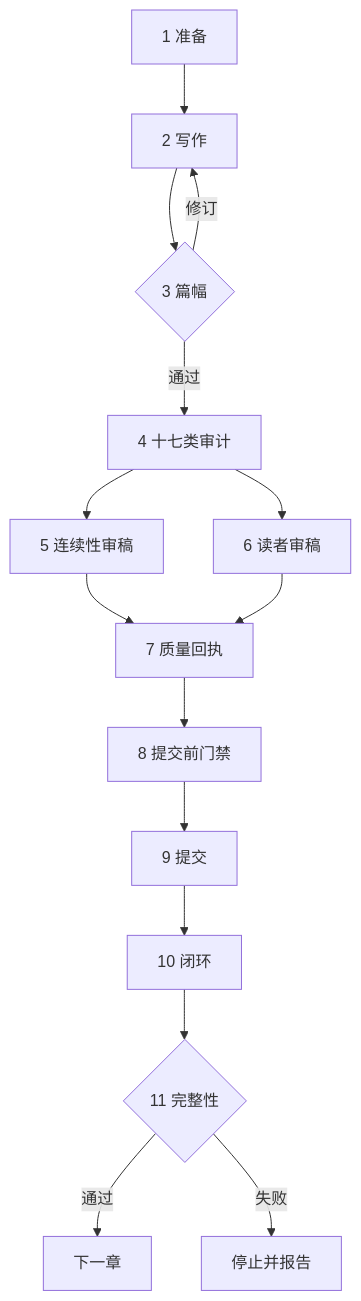
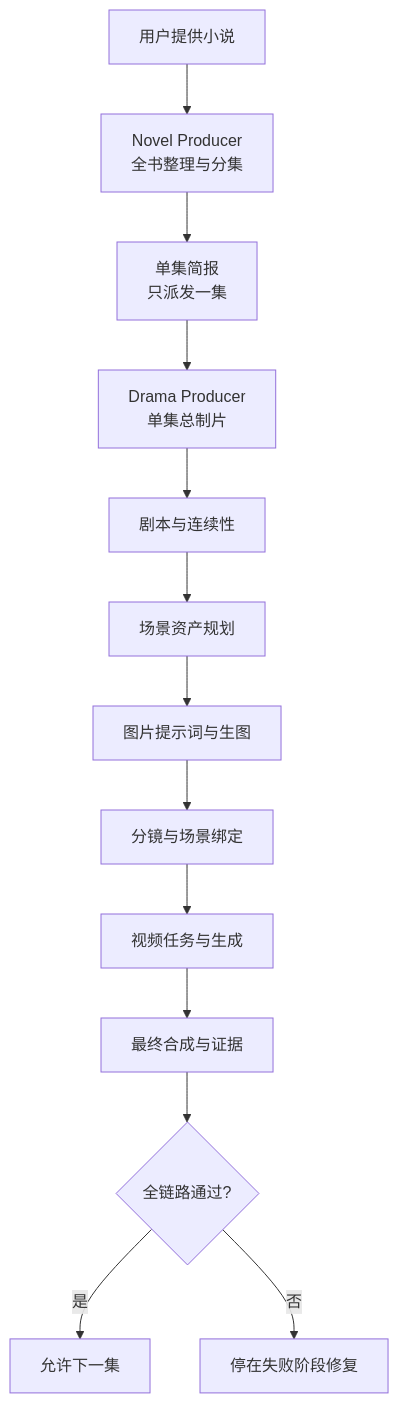
The diagram in README.md (slobys/openclaw-novel-author-suite), drawn with Mermaid before and after one commit. The commit also changed other lines of this file and 215 other files, not shown here.

````diff
--- a/README.md
+++ b/README.md
@@ -25,17 +33,15 @@
 ```mermaid
 flowchart TB
-    P[1 准备] --> D[2 写作]
-    D --> L{3 篇幅}
-    L -- 修订 --> D
-    L -- 通过 --> A[4 十七类审计]
-    A --> C[5 连续性审稿]
-    A --> R[6 读者审稿]
-    C --> Q[7 质量回执]
-    R --> Q
-    Q --> G[8 提交前门禁]
-    G --> M[9 提交]
-    M --> X[10 闭环]
-    X --> I{11 完整性}
-    I -- 通过 --> N[下一章]
-    I -- 失败 --> B[停止并报告]
+    U[用户提供小说] --> NP[Novel Producer<br/>全书整理与分集]
+    NP --> S[单集简报<br/>只派发一集]
+    S --> DP[Drama Producer<br/>单集总制片]
+    DP --> W[剧本与连续性]
+    W --> P[场景资产规划]
+    P --> I[图片提示词与生图]
+    I --> L[分镜与场景绑定]
+    L --> V[视频任务与生成]
+    V --> F[最终合成与证据]
+    F --> G{全链路通过?}
+    G -- 是 --> N[允许下一集]
+    G -- 否 --> B[停在失败阶段修复]
 ```
````
